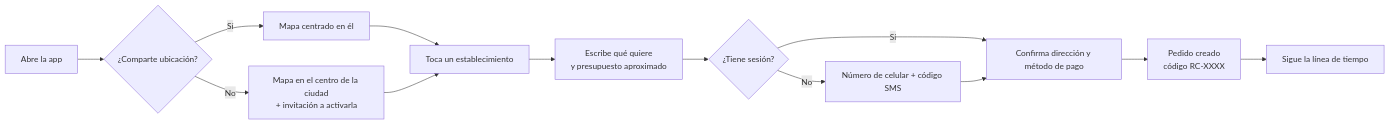
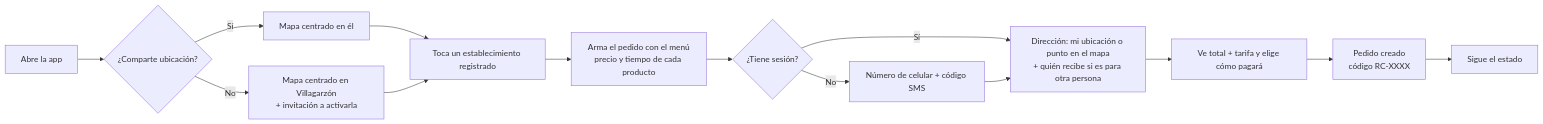
The first of 2 diagrams in Docs/05-flujos-y-ux.md (Yadirtf/RapiChonta), drawn with Mermaid before and after one commit. The commit also changed other lines of this file and 20 other files, not shown here.

````diff
--- a/Docs/05-flujos-y-ux.md
+++ b/Docs/05-flujos-y-ux.md
@@ -40,15 +40,16 @@
 ```mermaid
 flowchart LR
   A[Abre la app] --> B{¿Comparte ubicación?}
   B -- Sí --> C[Mapa centrado en él]
-  B -- No --> C2[Mapa en el centro de la ciudad<br/>+ invitación a activarla]
-  C --> D[Toca un establecimiento]
+  B -- No --> C2[Mapa centrado en Villagarzón<br/>+ invitación a activarla]
+  C --> D[Toca un establecimiento registrado]
   C2 --> D
-  D --> E[Escribe qué quiere<br/>y presupuesto aproximado]
+  D --> E[Arma el pedido con el menú<br/>precio y tiempo de cada producto]
   E --> F{¿Tiene sesión?}
   F -- No --> G[Número de celular + código SMS]
   F -- Sí --> H
-  G --> H[Confirma dirección y método de pago]
-  H --> I[Pedido creado<br/>código RC-XXXX]
-  I --> J[Sigue la línea de tiempo]
+  G --> H[Dirección: mi ubicación o punto en el mapa<br/>+ quién recibe si es para otra persona]
+  H --> I[Ve total + tarifa y elige cómo pagará]
+  I --> J[Pedido creado<br/>código RC-XXXX]
+  J --> K[Sigue el estado]
 ```
````
